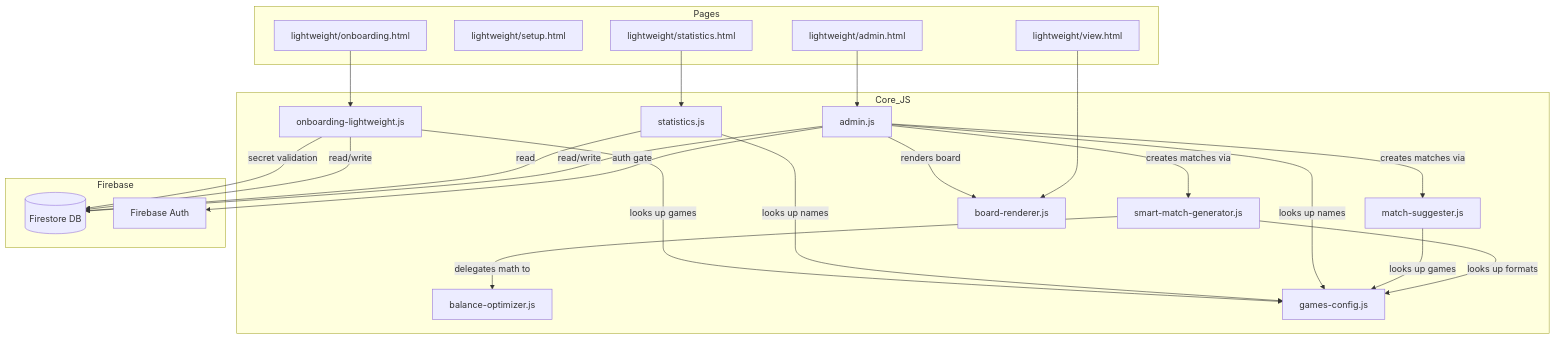
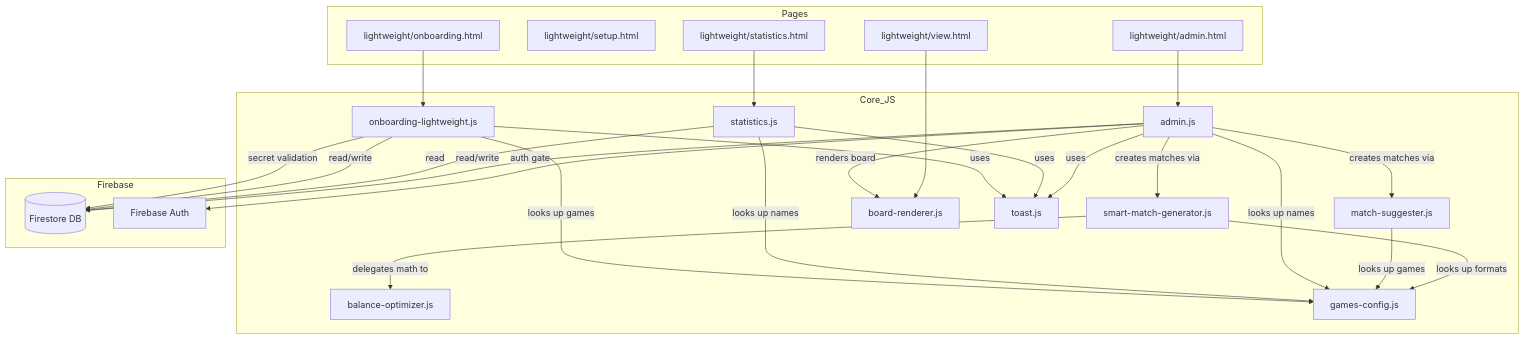
One commit to LNiitlahti/BoardGame changed the diagram in BoardGame/docs/architecture/index.md. Above: the diagram before and after it, drawn with Mermaid. The commit also changed other lines of this file and 17 other files, not shown here.

````diff
--- a/BoardGame/docs/architecture/index.md
+++ b/BoardGame/docs/architecture/index.md
@@ -8,47 +8,52 @@
 ```mermaid
 graph TB
     subgraph Pages
         ADMIN[lightweight/admin.html]
         SETUP[lightweight/setup.html]
         ONBOARD[lightweight/onboarding.html]
         VIEW[lightweight/view.html]
         STATS[lightweight/statistics.html]
     end
 
     subgraph Core_JS
         ADM_JS[admin.js]
         SMG[smart-match-generator.js]
         BO[balance-optimizer.js]
         MS[match-suggester.js]
         GC[games-config.js]
         BR[board-renderer.js]
         ST[statistics.js]
         OB[onboarding-lightweight.js]
+        TOAST[toast.js]
     end
 
     subgraph Firebase
         FB[(Firestore DB)]
         AUTH[Firebase Auth]
     end
 
     ADMIN --> ADM_JS
     STATS --> ST
     ONBOARD --> OB
     VIEW --> BR
 
     ADM_JS -->|creates matches via| SMG
     ADM_JS -->|creates matches via| MS
     SMG -->|delegates math to| BO
     SMG -->|looks up formats| GC
     MS -->|looks up games| GC
     ADM_JS -->|renders board| BR
     ADM_JS -->|looks up names| GC
     ST -->|looks up names| GC
     OB -->|looks up games| GC
 
+    ADM_JS -->|uses| TOAST
+    ST -->|uses| TOAST
+    OB -->|uses| TOAST
+
     ADM_JS -->|read/write| FB
     ST -->|read| FB
     OB -->|read/write| FB
     ADM_JS -->|auth gate| AUTH
     OB -->|secret validation| FB
 ```
````
